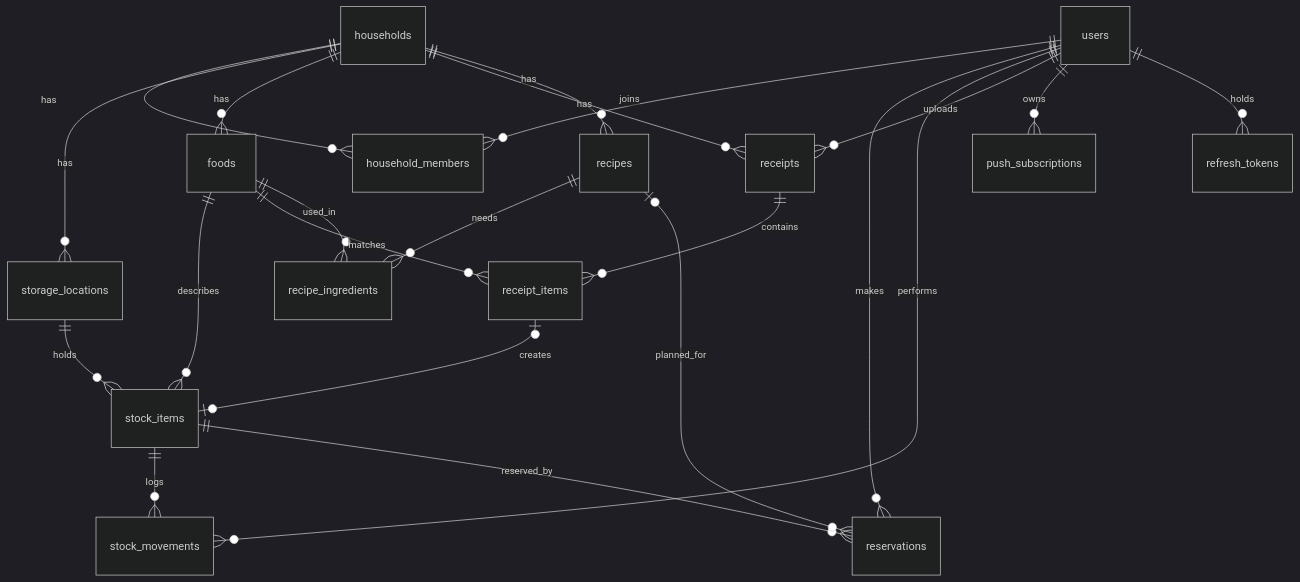
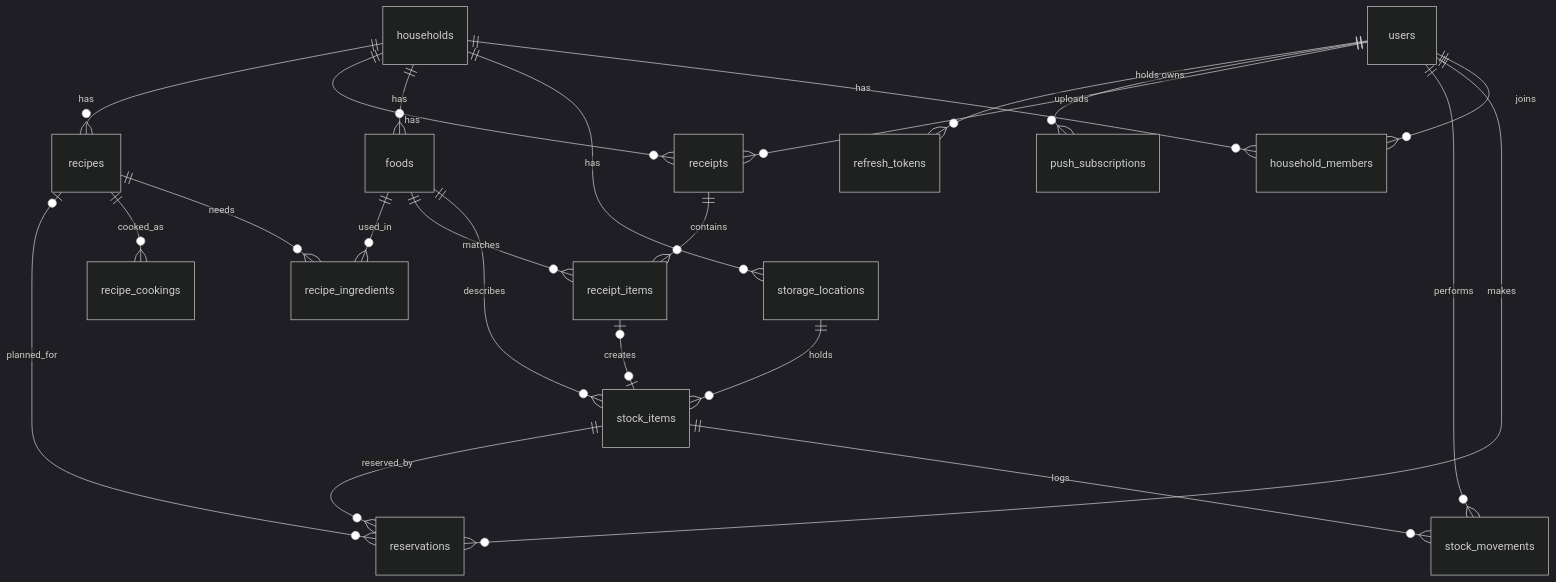
The diagram in docs/databaseDesign.md (Andoryu07/iShelfandRecipes), drawn with Mermaid (dark theme) before and after one commit. The commit also changed other lines of this file and 24 other files, not shown here.

Commit message:
Show the history of cooked recipes and storage locations

````diff
--- a/docs/databaseDesign.md
+++ b/docs/databaseDesign.md
@@ -5,24 +5,25 @@
 ```mermaid
 erDiagram
     users ||--o{ household_members : joins
     households ||--o{ household_members : has
     households ||--o{ storage_locations : has
     households ||--o{ foods : has
     households ||--o{ receipts : has
     households ||--o{ recipes : has
     storage_locations ||--o{ stock_items : holds
     foods ||--o{ stock_items : describes
     stock_items ||--o{ stock_movements : logs
     stock_items ||--o{ reservations : reserved_by
     users ||--o{ reservations : makes
     users ||--o{ stock_movements : performs
     users ||--o{ receipts : uploads
     users ||--o{ push_subscriptions : owns
     users ||--o{ refresh_tokens : holds
     receipts ||--o{ receipt_items : contains
     receipt_items |o--o| stock_items : creates
     foods ||--o{ receipt_items : matches
     recipes ||--o{ recipe_ingredients : needs
+    recipes ||--o{ recipe_cookings : cooked_as
     foods ||--o{ recipe_ingredients : used_in
     recipes |o--o{ reservations : planned_for
 ```
````
